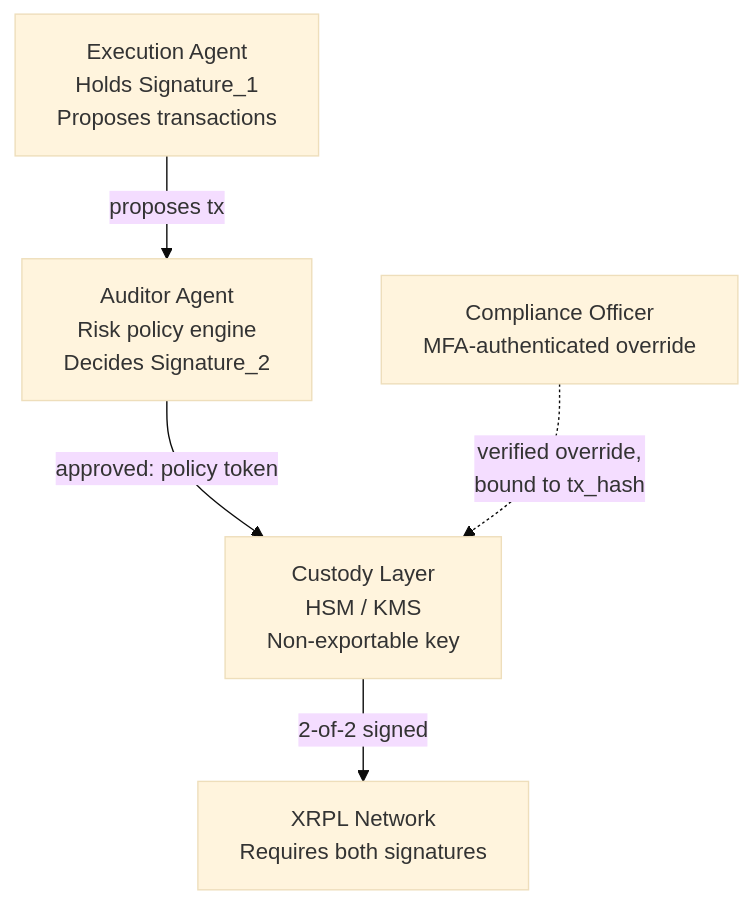
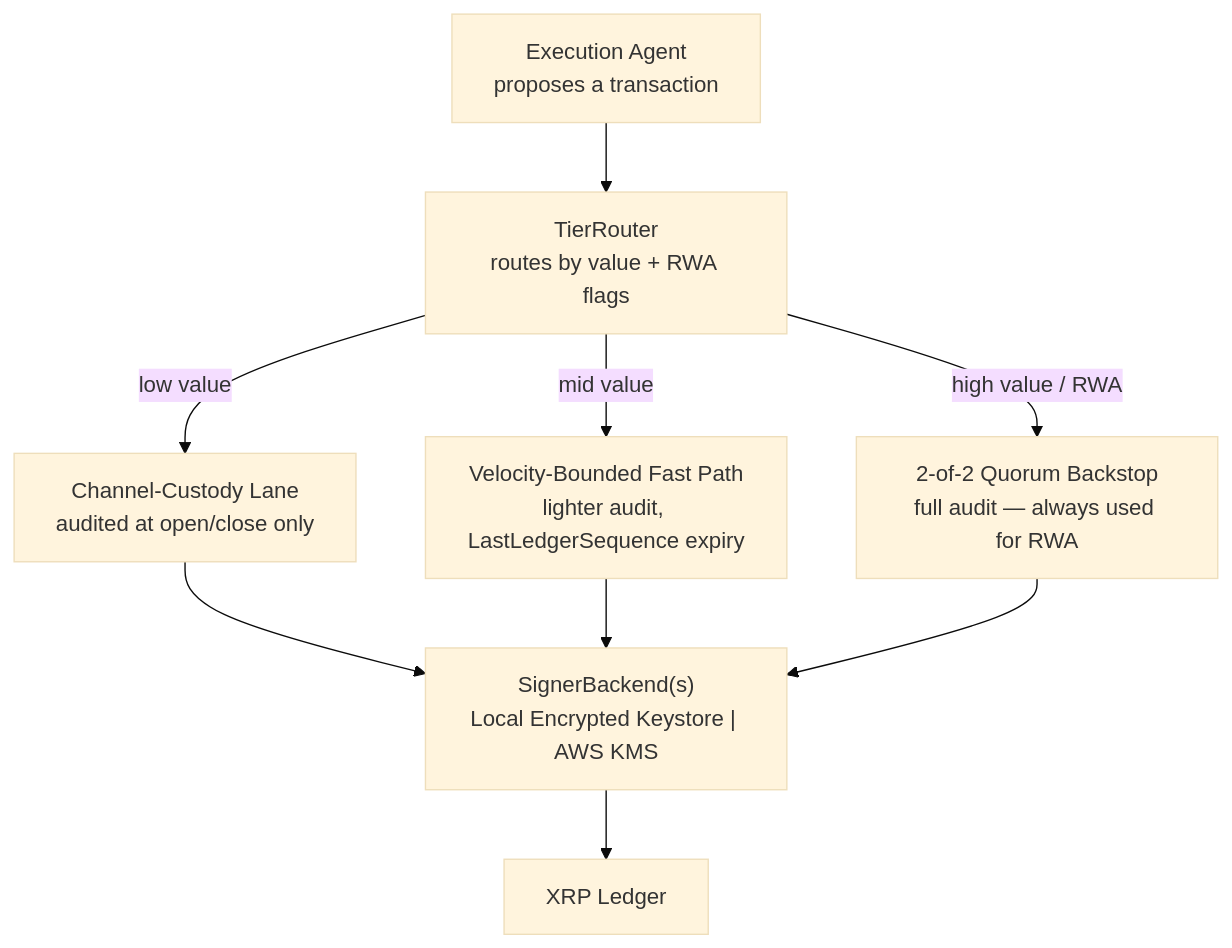
Before and after one commit to QuorumVaultXRPL/quorumvault: the diagram in README.md, drawn with Mermaid (base theme). The commit also changed other lines of this file, not shown here.

Commit message:
Rewrite README for v2 architecture and real testnet proof

````diff
--- a/README.md
+++ b/README.md
@@ -42,13 +60,19 @@
 ```mermaid
 graph TD
-    EA["Execution Agent<br/>Holds Signature_1<br/>Proposes transactions"]
-    AA["Auditor Agent<br/>Risk policy engine<br/>Decides Signature_2"]
-    CU["Custody Layer<br/>HSM / KMS<br/>Non-exportable key"]
-    XR["XRPL Network<br/>Requires both signatures"]
-    CO["Compliance Officer<br/>MFA-authenticated override"]
+    EA["Execution Agent<br/>proposes a transaction"]
+    TR["TierRouter<br/>routes by value + RWA flags"]
+    CC["Channel-Custody Lane<br/>audited at open/close only"]
+    FP["Velocity-Bounded Fast Path<br/>lighter audit, LastLedgerSequence expiry"]
+    QB["2-of-2 Quorum Backstop<br/>full audit — always used for RWA"]
+    SB["SignerBackend(s)<br/>Local Encrypted Keystore | AWS KMS"]
+    XR["XRP Ledger"]
 
-    EA -->|"proposes tx"| AA
-    AA -->|"approved: policy token"| CU
-    CU -->|"2-of-2 signed"| XR
-    CO -.->|"verified override,<br/>bound to tx_hash"| CU
+    EA --> TR
+    TR -->|"low value"| CC
+    TR -->|"mid value"| FP
+    TR -->|"high value / RWA"| QB
+    CC --> SB
+    FP --> SB
+    QB --> SB
+    SB --> XR
 ```
````
